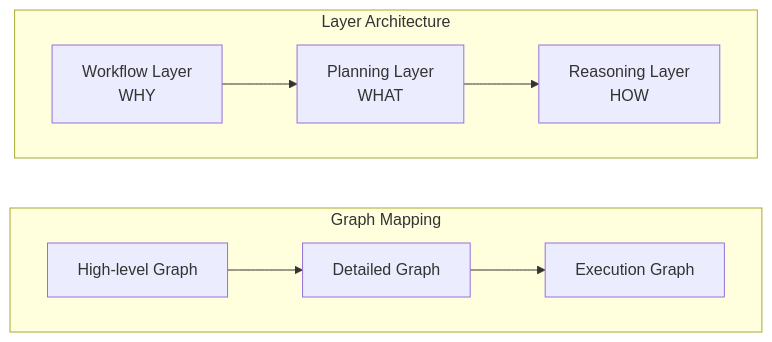
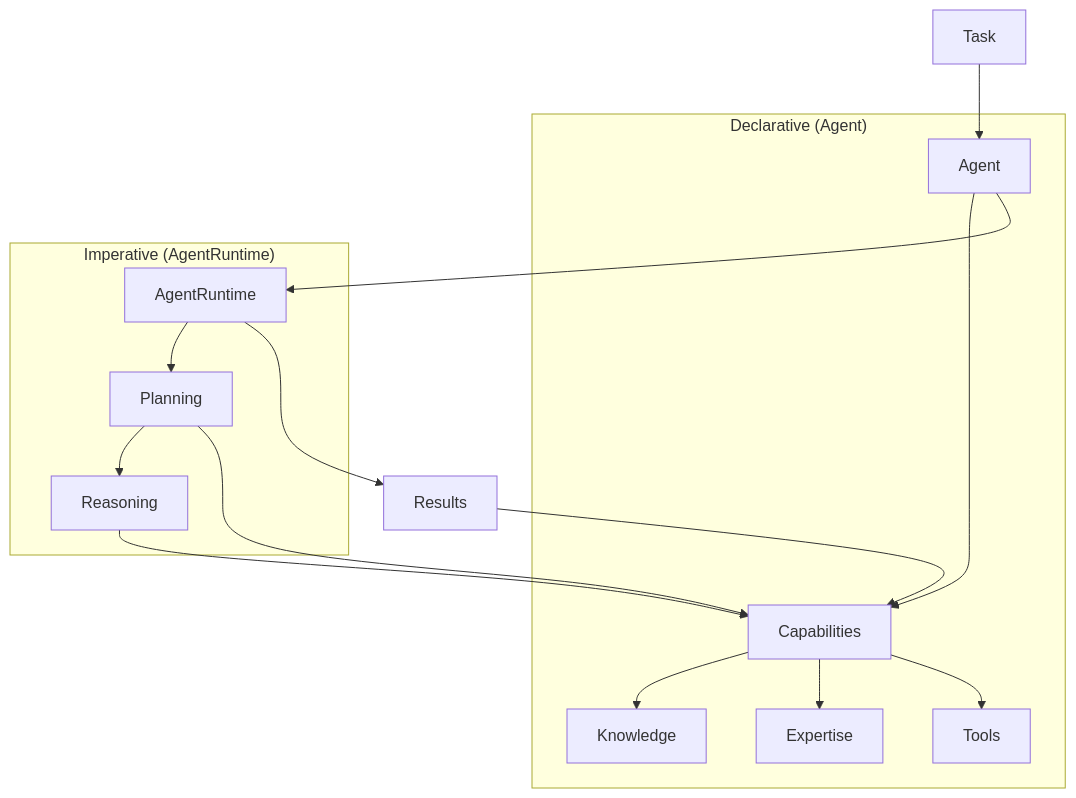
Before and after one commit to aitomatic/dana: the first of 7 diagrams in opendxa/README.md, drawn with Mermaid. The commit also changed other lines of this file, not shown here.

First line of the commit message:
Enhance OpenDXA documentation and architecture clarity

````diff
--- a/opendxa/README.md
+++ b/opendxa/README.md
@@ -13,14 +26,21 @@
 ```mermaid
-graph LR
-    subgraph "Graph Mapping"
-        direction LR
-        G1[High-level Graph] --> G2[Detailed Graph]
-        G2 --> G3[Execution Graph]
+graph TB
+    subgraph "Declarative (Agent)"
+        A[Agent] --> C[Capabilities]
+        C --> K[Knowledge]
+        C --> E[Expertise]
+        C --> T[Tools]
     end
 
-    subgraph "Layer Architecture"
-        direction LR
-        W[Workflow Layer<br>WHY] --> P[Planning Layer<br>WHAT]
-        P --> R[Reasoning Layer<br>HOW]
+    subgraph "Imperative (AgentRuntime)"
+        AR[AgentRuntime] --> P[Planning]
+        P --> R[Reasoning]
+        P --> C
+        R --> C
     end
+
+    Task --> A
+    A --> AR
+    AR --> Results
+    Results --> C
 ```
````
